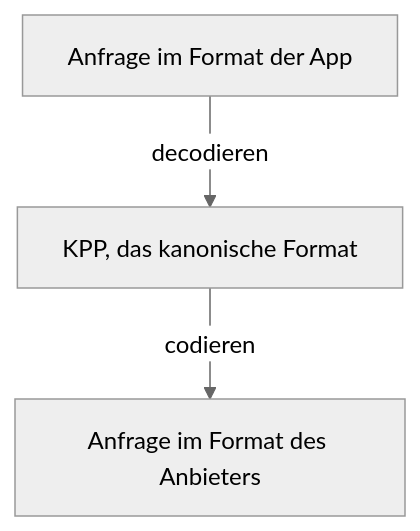
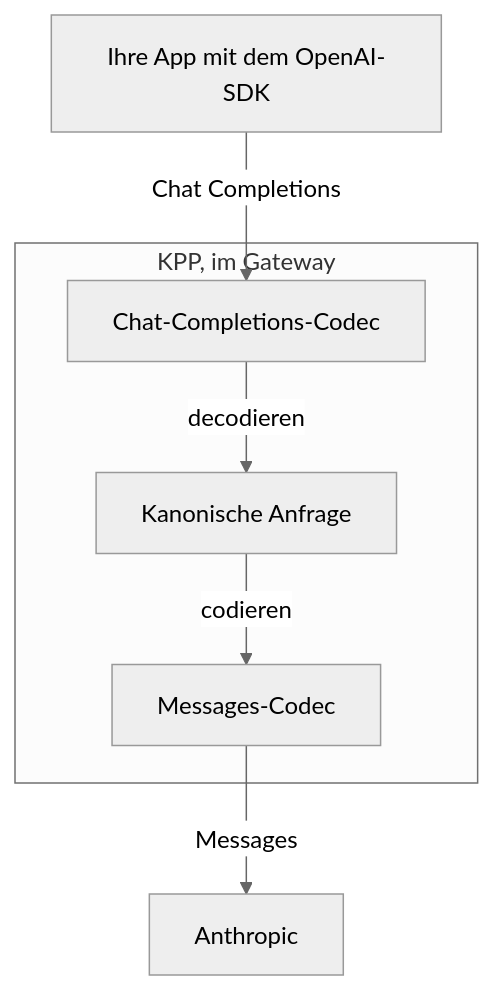
Before and after one commit to logicplanes/kaeso: the diagram in apps/docs/content/de/concepts/format-translation.md, drawn with Mermaid (neutral theme). The commit also changed 59 other files, not shown here.

First line of the commit message:
Redraw the introduction's and concept pages' diagrams so each tells its story at a glance

````diff
--- a/apps/docs/content/de/concepts/format-translation.md
+++ b/apps/docs/content/de/concepts/format-translation.md
@@ -9,7 +9,16 @@
 ```mermaid
 flowchart TD
   accTitle: Formatübersetzung
-  accDescr: KPP decodiert die Anfrage der App in sein kanonisches Format und codiert sie im Format des Anbieters. Die Antwort nimmt denselben Weg zurück.
-  app[Anfrage im Format der App] -- decodieren --> kpp[KPP, das kanonische Format]
-  kpp -- codieren --> provider[Anfrage im Format des Anbieters]
+  accDescr: Eine App mit dem OpenAI-SDK sendet Chat Completions. Im Gateway decodiert der Chat-Completions-Codec von KPP die Anfrage in die kanonische Anfrage von KPP, und der Messages-Codec codiert sie für Anthropic. Die Antwort nimmt denselben Weg zurück.
+  app[Ihre App mit dem OpenAI-SDK]:::outside
+  subgraph kpp [KPP, im Gateway]
+    decode[Chat-Completions-Codec]
+    canonical[Kanonische Anfrage]:::accent
+    encode[Messages-Codec]
+  end
+  provider[Anthropic]:::outside
+  app -- Chat Completions --> decode
+  decode -- decodieren --> canonical
+  canonical -- codieren --> encode
+  encode -- Messages --> provider
 ```
````
